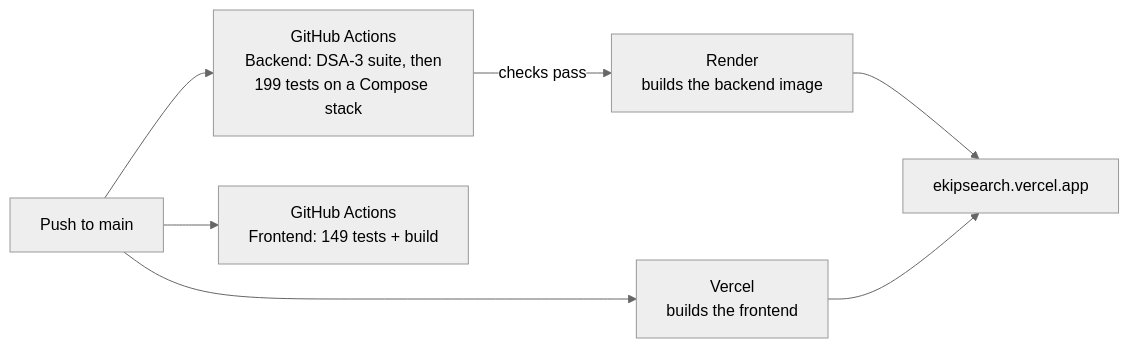
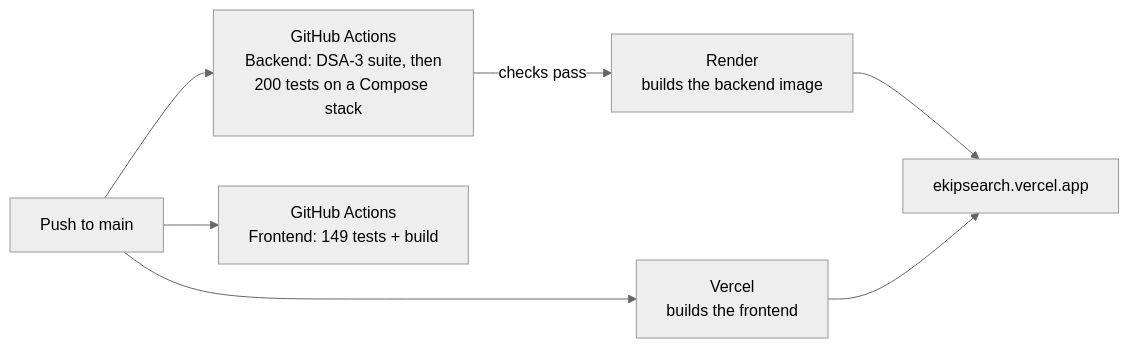
The seventh of 7 diagrams in docs/PROJECT_OVERVIEW.md (SathyaMaragani/Enterprise-Knowledge-Intelligence-Platform), drawn with Mermaid (neutral theme) before and after one commit. The commit also changed other lines of this file and 7 other files, not shown here.

````diff
--- a/docs/PROJECT_OVERVIEW.md
+++ b/docs/PROJECT_OVERVIEW.md
@@ -357,9 +357,9 @@
 ```mermaid
 flowchart LR
-    GH[Push to main] --> CI1[GitHub Actions<br/>Backend: DSA-3 suite, then<br/>199 tests on a Compose stack]
+    GH[Push to main] --> CI1[GitHub Actions<br/>Backend: DSA-3 suite, then<br/>200 tests on a Compose stack]
     GH --> CI2[GitHub Actions<br/>Frontend: 149 tests + build]
     CI1 -->|checks pass| RD[Render<br/>builds the backend image]
     GH --> VC[Vercel<br/>builds the frontend]
     RD --> LIVE[ekipsearch.vercel.app]
     VC --> LIVE
 ```
````
